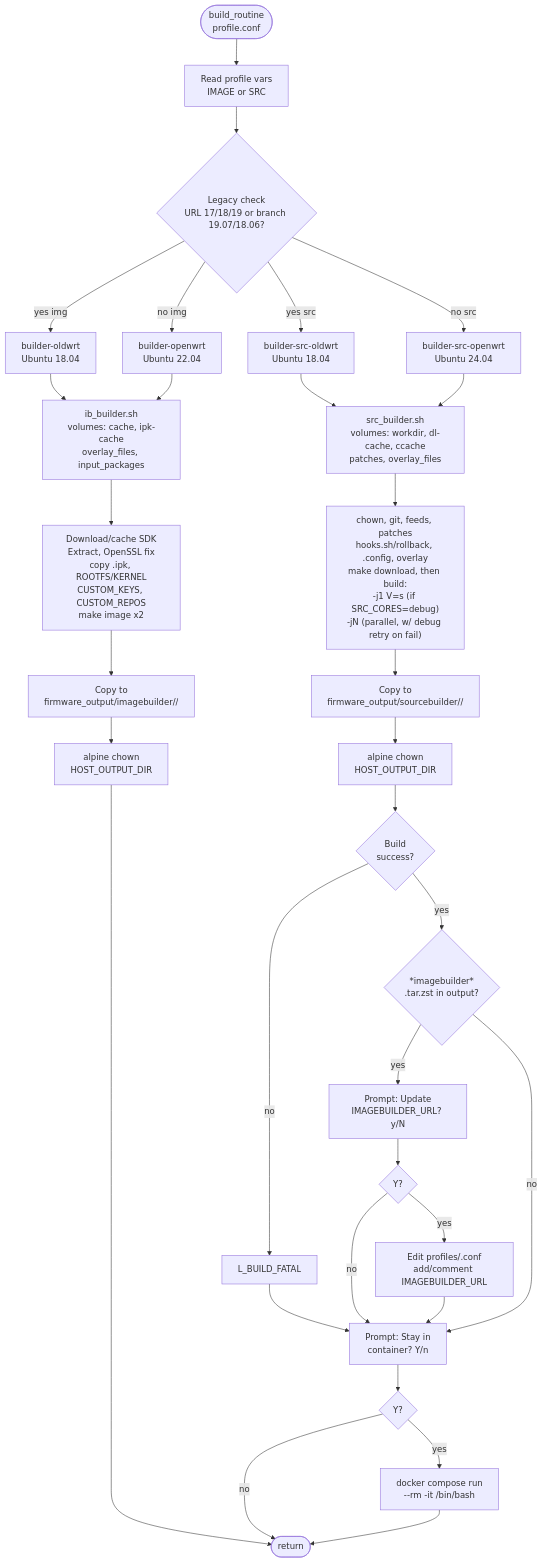
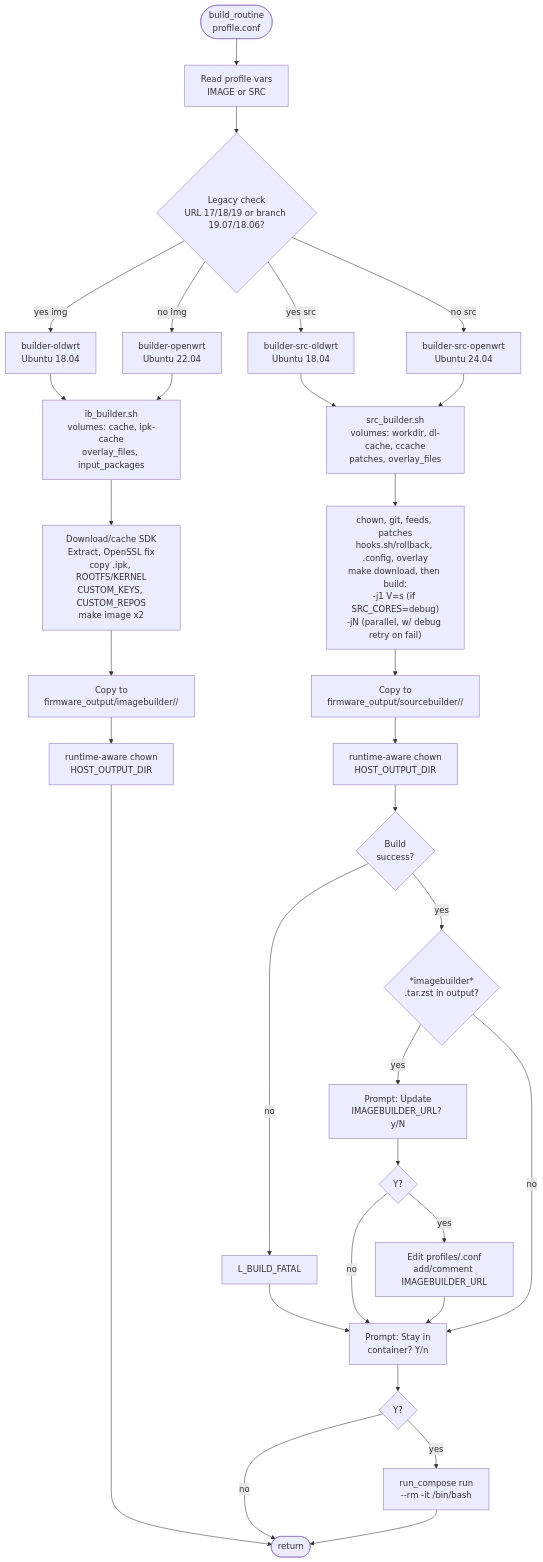
The sixth of 8 diagrams in docs/ARCHITECTURE_diagram_en.md (GJIUXAPb/routerFW), drawn with Mermaid before and after one commit. The commit also changed other lines of this file and 6 other files, not shown here.

First line of the commit message:
docs: update release and architecture docs for 4.70

````diff
--- a/docs/ARCHITECTURE_diagram_en.md
+++ b/docs/ARCHITECTURE_diagram_en.md
@@ -216,35 +218,35 @@
 ```mermaid
 flowchart TD
     BR([build_routine\nprofile.conf])
     BR --> READ_PROFILE["Read profile vars\nIMAGE or SRC"]
     READ_PROFILE --> LEGACY{"Legacy check\nURL 17/18/19 or branch 19.07/18.06?"}
     LEGACY --> |yes img| OLD_IMG["builder-oldwrt\nUbuntu 18.04"]
     LEGACY --> |no img| NEW_IMG["builder-openwrt\nUbuntu 22.04"]
     LEGACY --> |yes src| OLD_SRC["builder-src-oldwrt\nUbuntu 18.04"]
     LEGACY --> |no src| NEW_SRC["builder-src-openwrt\nUbuntu 24.04"]
 
     OLD_IMG & NEW_IMG --> IB["ib_builder.sh\nvolumes: cache, ipk-cache\noverlay_files, input_packages"]
     IB --> IB_STEPS["Download/cache SDK\nExtract, OpenSSL fix\ncopy .ipk, ROOTFS/KERNEL\nCUSTOM_KEYS, CUSTOM_REPOS\nmake image x2"]
     IB_STEPS --> IB_OUT["Copy to\nfirmware_output/imagebuilder/<id>/<ts>"]
-    IB_OUT --> IB_CHOWN["alpine chown\nHOST_OUTPUT_DIR"]
+    IB_OUT --> IB_CHOWN["runtime-aware chown\nHOST_OUTPUT_DIR"]
     IB_CHOWN --> BR_END([return])
 
     OLD_SRC & NEW_SRC --> SB["src_builder.sh\nvolumes: workdir, dl-cache, ccache\npatches, overlay_files"]
     SB --> SB_STEPS["chown, git, feeds, patches\nhooks.sh/rollback, .config, overlay\nmake download, then build:\n-j1 V=s (if SRC_CORES=debug)\n-jN (parallel, w/ debug retry on fail)"]
     SB_STEPS --> SB_OUT["Copy to\nfirmware_output/sourcebuilder/<id>/<ts>"]
-    SB_OUT --> SB_CHOWN["alpine chown\nHOST_OUTPUT_DIR"]
+    SB_OUT --> SB_CHOWN["runtime-aware chown\nHOST_OUTPUT_DIR"]
     SB_CHOWN --> SB_OK{"Build\nsuccess?"}
     SB_OK --> |no| SB_FATAL["L_BUILD_FATAL"]
     SB_FATAL --> SB_SHELL_Q2
     SB_OK --> |yes| IB_TAR{"*imagebuilder*\n.tar.zst in output?"}
     IB_TAR --> |yes| SB_Q1["Prompt: Update\nIMAGEBUILDER_URL? y/N"]
     SB_Q1 --> SB_UPDATE{"Y?"}
     SB_UPDATE --> |yes| SB_WRITE["Edit profiles/<id>.conf\nadd/comment IMAGEBUILDER_URL"]
     SB_UPDATE --> |no| SB_SHELL_Q2
     SB_WRITE --> SB_SHELL_Q2["Prompt: Stay in\ncontainer? Y/n"]
     IB_TAR --> |no| SB_SHELL_Q2
     SB_SHELL_Q2 --> SB_STAY{"Y?"}
-    SB_STAY --> |yes| SB_RUN["docker compose run\n--rm -it /bin/bash"]
+    SB_STAY --> |yes| SB_RUN["run_compose run\n--rm -it /bin/bash"]
     SB_STAY --> |no| BR_END
     SB_RUN --> BR_END
 ```
````
